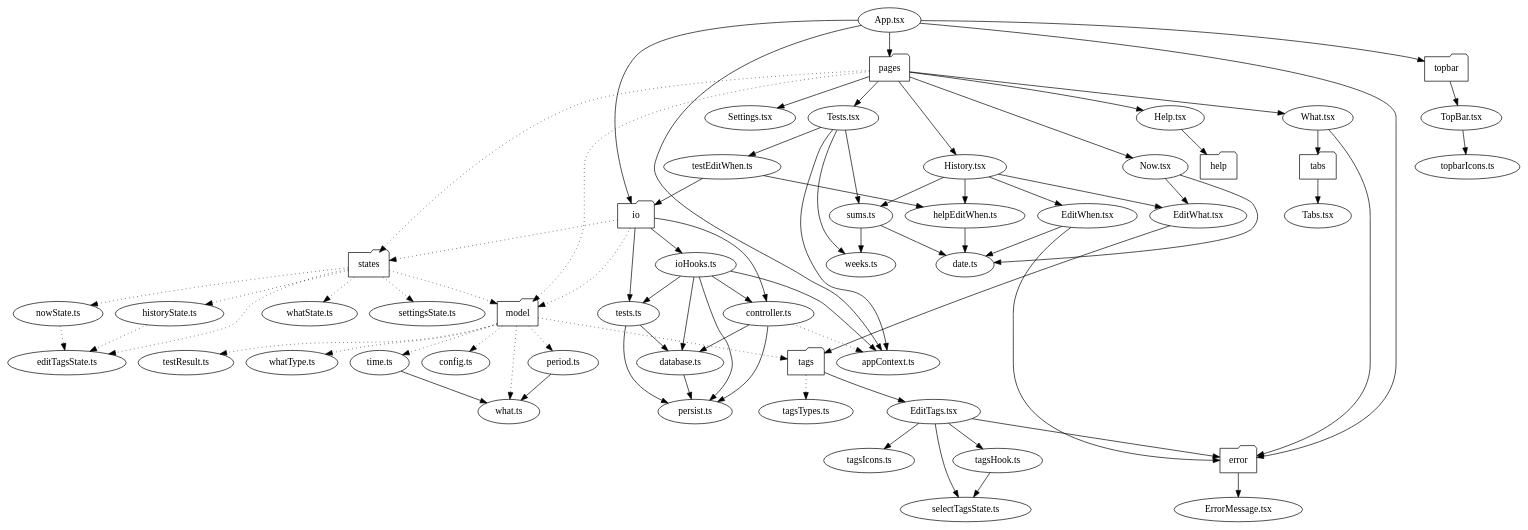
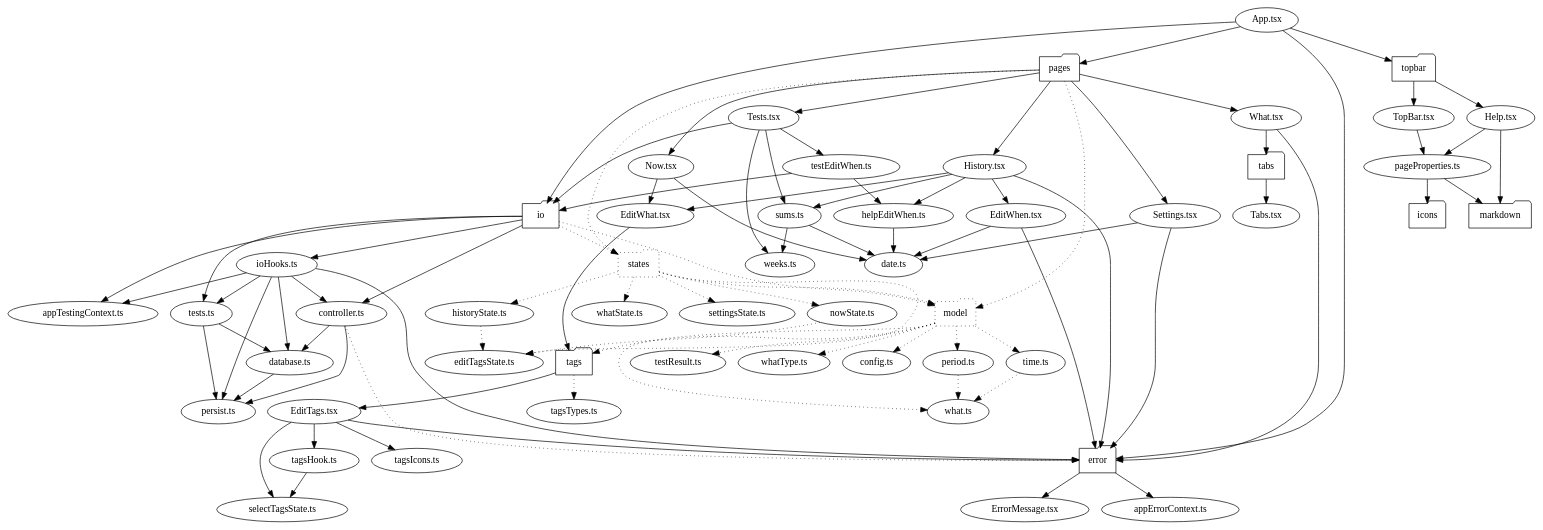
One commit to cwellsx/time changed the diagram in dependencies/dependencies.dot. Above: the diagram before and after it, drawn with Graphviz. The commit also changed 14 other files, not shown here.

Commit message:
Refactor to remove global appContext

```diff
--- a/dependencies/dependencies.dot
+++ b/dependencies/dependencies.dot
@@ -1,70 +1,72 @@
 digraph SRC {
-  "App.tsx" -> {"error" "io" "pages" "topbar" "appContext.ts"};
-  "appContext.ts" -> {};
+  "App.tsx" -> {"error" "io" "pages" "topbar"};
 
   "error" [shape=folder];
-  "help" [shape=folder];
   "io" [shape=folder];
-  "model" [shape=folder];
+  "model" [shape=folder] [style=dotted];
   "pages" [shape=folder];
-  "states" [shape=folder];
+  "states" [shape=folder] [style=dotted];
   "tabs" [shape=folder];
   "tags" [shape=folder];
   "topbar" [shape=folder];
+  "icons" [shape=folder];
+  "markdown" [shape=folder];
   
-  "error" -> {"ErrorMessage.tsx"};
+  "error" -> {"ErrorMessage.tsx" "appErrorContext.ts"};
   "ErrorMessage.tsx" -> {};
+  "appErrorContext.ts" -> {};
 
-  "io" -> {"controller.ts" "ioHooks.ts" "tests.ts"};
+  "io" -> {"controller.ts" "ioHooks.ts" "tests.ts" "appTestingContext.ts"};
   "io" -> {"model" "states"} [style=dotted];
   "controller.ts" -> {"persist.ts" "database.ts"};
-  "controller.ts" -> {"appContext.ts"} [style=dotted];
+  "controller.ts" -> {"error"} [style=dotted];
   "database.ts" -> {"persist.ts"};
-  "ioHooks.ts" -> {"controller.ts" "database.ts" "persist.ts" "tests.ts" "appContext.ts"};
+  "ioHooks.ts" -> {"controller.ts" "database.ts" "persist.ts" "tests.ts" "appTestingContext.ts" "error"};
   "tests.ts" -> {"database.ts" "persist.ts"};
   "persist.ts" -> {}
+  "appTestingContext.ts" -> {};
 
   "model" -> {"config.ts" "period.ts" "testResult.ts" "time.ts" "tags" "whatType.ts" "what.ts"} [style=dotted];
-  "config.ts" -> {};
-  "period.ts" -> {"what.ts"};
-  "testResult.ts" -> {};
-  "time.ts" -> {"what.ts"};
-  "what.ts" -> {};
-  "whatType.ts" -> {};
+  "config.ts" -> {} [style=dotted];
+  "period.ts" -> {"what.ts"} [style=dotted];
+  "testResult.ts" -> {} [style=dotted];
+  "time.ts" -> {"what.ts"} [style=dotted];
+  "what.ts" -> {} [style=dotted];
+  "whatType.ts" -> {} [style=dotted];
 
-  "pages" -> {"Now.tsx" "What.tsx" "History.tsx" "Settings.tsx" "Help.tsx" "Tests.tsx"};
+  "pages" -> {"Now.tsx" "What.tsx" "History.tsx" "Settings.tsx" "Tests.tsx"};
   "pages" -> {"model" "states"} [style=dotted];
   "date.ts" -> {};
   "Now.tsx" -> {"date.ts" "EditWhat.tsx"};
   "What.tsx" -> {"tabs" "error"};
-  "History.tsx" -> {"sums.ts" "EditWhat.tsx" "EditWhen.tsx" "helpEditWhen.ts"};
-  "Settings.tsx" -> {};
-  "Help.tsx" -> {"help"};
-  "Tests.tsx" -> {"weeks.ts" "sums.ts" "appContext.ts" "testEditWhen.ts"};
+  "History.tsx" -> {"sums.ts" "EditWhat.tsx" "EditWhen.tsx" "helpEditWhen.ts" "error"};
+  "Settings.tsx" -> {"error" "date.ts"};
+  "Tests.tsx" -> {"weeks.ts" "sums.ts" "io" "testEditWhen.ts"};
   "sums.ts" -> {"weeks.ts" "date.ts"};
   "testEditWhen.ts" -> {"helpEditWhen.ts" "io"};
   "helpEditWhen.ts" -> {"date.ts"};
   "EditWhat.tsx" -> {"tags"};
   "EditWhen.tsx" -> {"date.ts" "error"}
 
   "states" -> {"nowState.ts" "whatState.ts" "historyState.ts" "settingsState.ts" "editTagsState.ts" "model"} [style=dotted];
   "nowState.ts" -> {"editTagsState.ts"} [style=dotted];
-  "whatState.ts" -> {};
+  "whatState.ts" -> {} [style=dotted];
   "historyState.ts" -> {"editTagsState.ts"} [style=dotted];
-  "settingsState.ts" -> {};
-  "editTagsState.ts" -> {};
+  "settingsState.ts" -> {} [style=dotted];
+  "editTagsState.ts" -> {} [style=dotted];
 
   "tabs" -> {"Tabs.tsx"};
   "Tabs.tsx" -> {};
 
   "tags" -> {"EditTags.tsx"};
   "tags" -> {"tagsTypes.ts"} [style=dotted];
   "EditTags.tsx" -> {"error" "selectTagsState.ts" "tagsHook.ts" "tagsIcons.ts"};
   "tagsHook.ts" -> {"selectTagsState.ts"};
   "tagsIcons.ts" -> {};
-  "tagsTypes.ts" -> {};
+  "tagsTypes.ts" -> {} [style=dotted];
 
-  "topbar" -> {"TopBar.tsx"};
-  "TopBar.tsx" -> {"topbarIcons.ts"};
-  "topbarIcons.ts" -> {};
+  "topbar" -> {"TopBar.tsx" "Help.tsx"};
+  "TopBar.tsx" -> {"pageProperties.ts"};
+  "pageProperties.ts" -> {"markdown" "icons"};
+  "Help.tsx" -> {"markdown" "pageProperties.ts"};
 }
```
